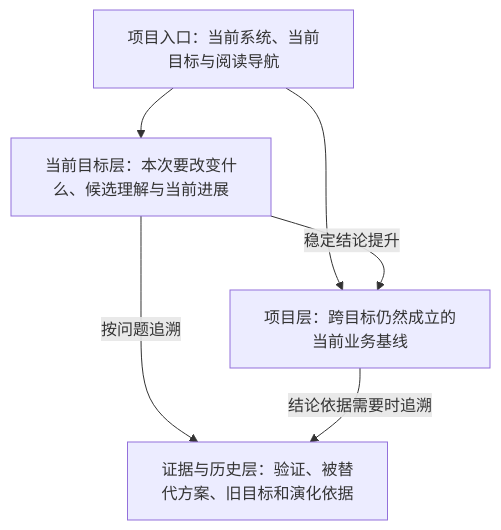
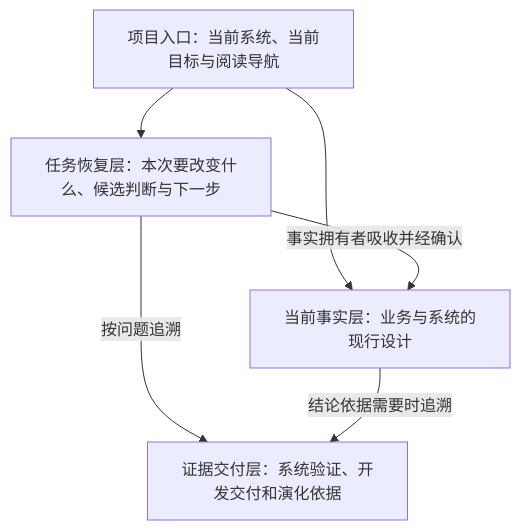
The second of 4 diagrams in doc/2.0/4-recoverable-project-context.md (StreetCornelia/vcddd), drawn with Mermaid before and after one commit. The commit also changed other lines of this file and 22 other files, not shown here.

````diff
--- a/doc/2.0/4-recoverable-project-context.md
+++ b/doc/2.0/4-recoverable-project-context.md
@@ -111,13 +111,13 @@
 ```mermaid
 flowchart TD
     E["项目入口：当前系统、当前目标与阅读导航"]
-    P["项目层：跨目标仍然成立的当前业务基线"]
-    G["当前目标层：本次要改变什么、候选理解与当前进展"]
-    H["证据与历史层：验证、被替代方案、旧目标和演化依据"]
+    P["当前事实层：业务与系统的现行设计"]
+    G["任务恢复层：本次要改变什么、候选判断与下一步"]
+    H["证据交付层：系统验证、开发交付和演化依据"]
 
     E --> P
     E --> G
     G -->|"按问题追溯"| H
     P -->|"结论依据需要时追溯"| H
-    G -->|"稳定结论提升"| P
+    G -->|"事实拥有者吸收并经确认"| P
 ```
````
